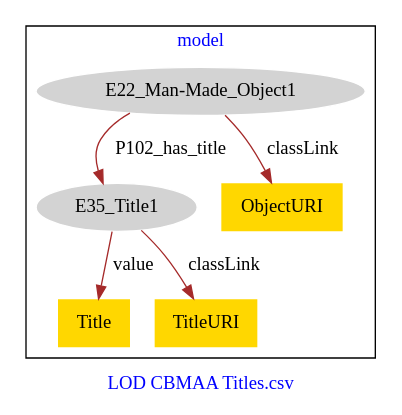
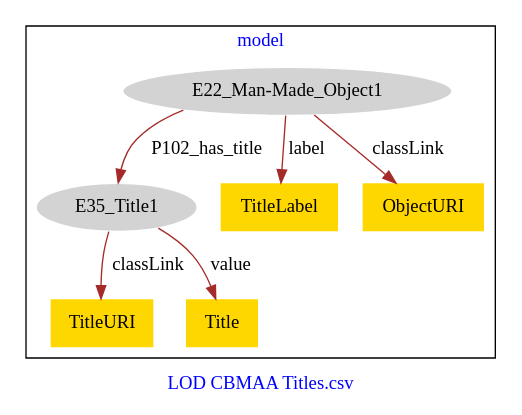
The diagram in CBMAA_UnknownTitles/CBMAA_UnknownTitles-model.dot (american-art/cbm), drawn with Graphviz before and after one commit.

Commit message:
Update file CBMAA_UnknownTitles-model.dot

```diff
--- a/CBMAA_UnknownTitles/CBMAA_UnknownTitles-model.dot
+++ b/CBMAA_UnknownTitles/CBMAA_UnknownTitles-model.dot
@@ -1,17 +1,19 @@
 digraph n0 {
 fontcolor="blue"
 remincross="true"
 label="LOD CBMAA Titles.csv"
 subgraph cluster {
 label="model"
 n2[style="filled",color="white",fillcolor="lightgray",label="E22_Man-Made_Object1"];
 n3[style="filled",color="white",fillcolor="lightgray",label="E35_Title1"];
-n4[shape="plaintext",style="filled",fillcolor="gold",label="Title"];
+n4[shape="plaintext",style="filled",fillcolor="gold",label="TitleLabel"];
 n5[shape="plaintext",style="filled",fillcolor="gold",label="TitleURI"];
 n6[shape="plaintext",style="filled",fillcolor="gold",label="ObjectURI"];
+n7[shape="plaintext",style="filled",fillcolor="gold",label="Title"];
 }
 n2 -> n3[color="brown",fontcolor="black",label="P102_has_title"]
-n3 -> n4[color="brown",fontcolor="black",label="value"]
+n2 -> n4[color="brown",fontcolor="black",label="label"]
 n3 -> n5[color="brown",fontcolor="black",label="classLink"]
 n2 -> n6[color="brown",fontcolor="black",label="classLink"]
+n3 -> n7[color="brown",fontcolor="black",label="value"]
 }
```
